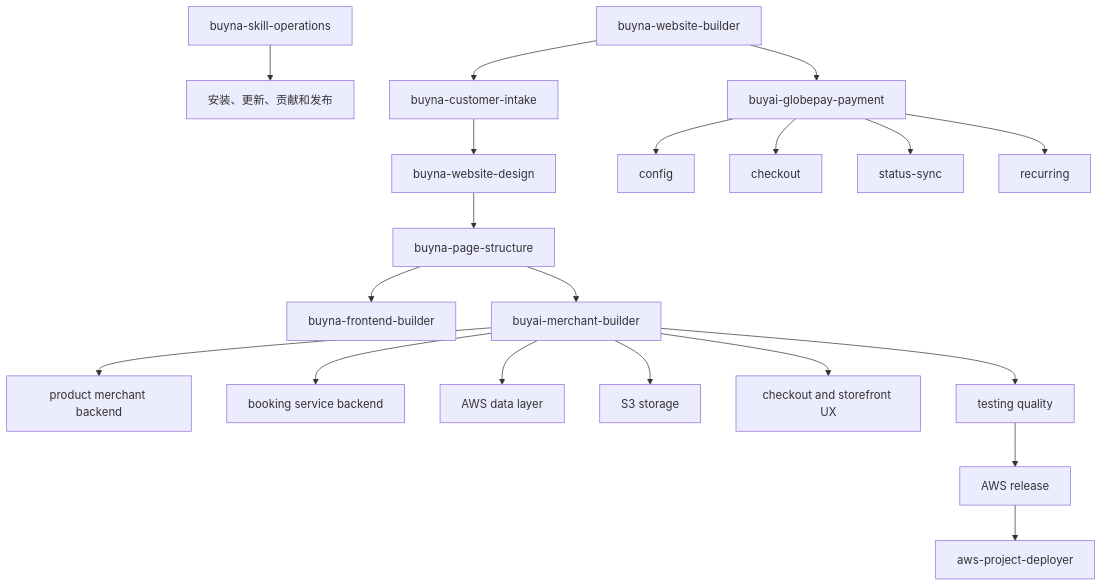
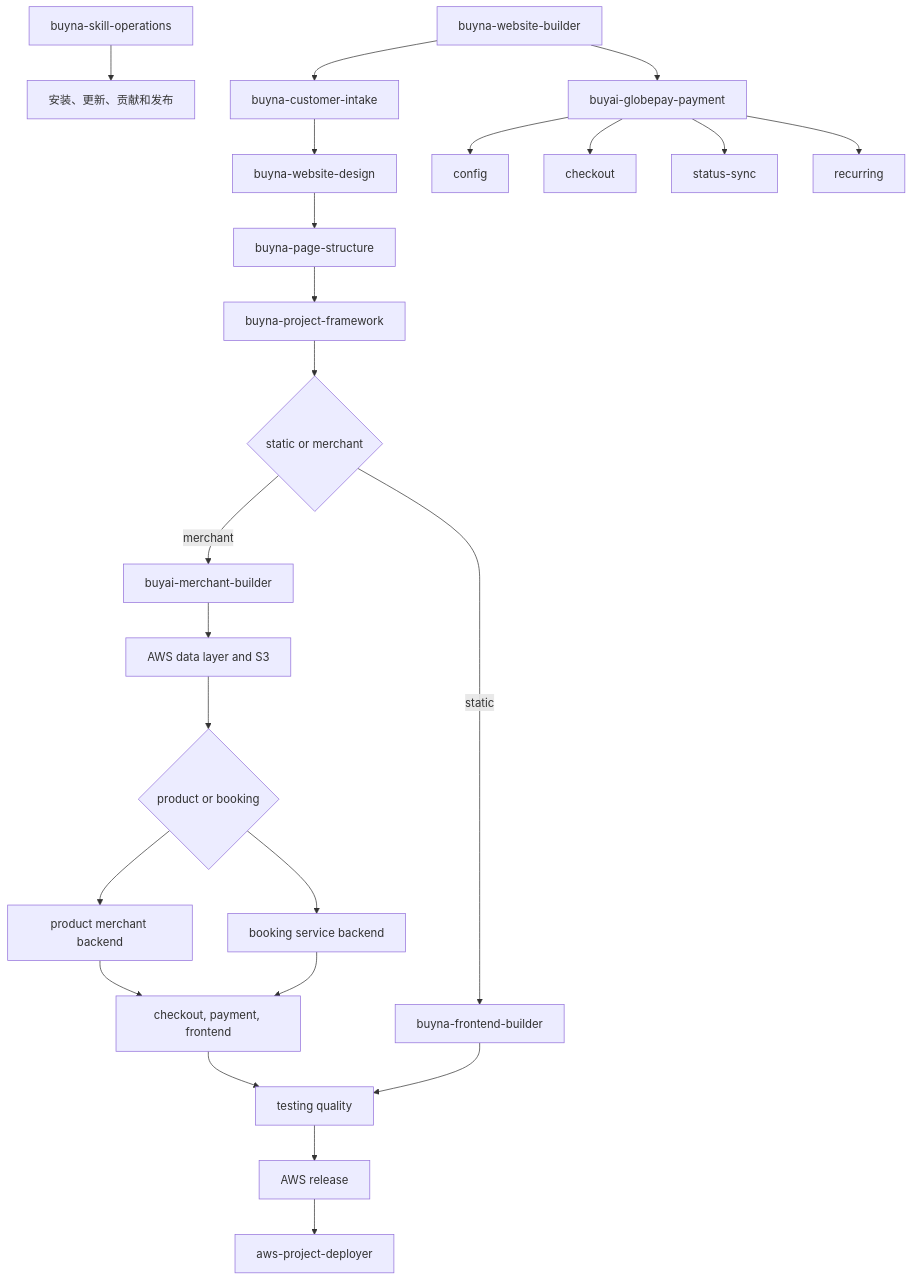
One commit to Kaku-shiko/buyna-agent-skills changed the diagram in docs/OPERATIONS_MANUAL.md. Above: the diagram before and after it, drawn with Mermaid. The commit also changed 8 other files, not shown here.

````diff
--- a/docs/OPERATIONS_MANUAL.md
+++ b/docs/OPERATIONS_MANUAL.md
@@ -50,22 +50,26 @@
 ```mermaid
 flowchart TD
     O[buyna-skill-operations] --> I[安装、更新、贡献和发布]
     B[buyna-website-builder] --> C[buyna-customer-intake]
     C --> D[buyna-website-design]
     D --> P[buyna-page-structure]
-    P --> F[buyna-frontend-builder]
-    P --> M[buyai-merchant-builder]
-    M --> MP[product merchant backend]
-    M --> MB[booking service backend]
-    M --> DB[AWS data layer]
-    M --> S3[S3 storage]
-    M --> UX[checkout and storefront UX]
-    M --> T[testing quality]
+    P --> K[buyna-project-framework]
+    K --> X{static or merchant}
+    X -->|static| F[buyna-frontend-builder]
+    X -->|merchant| M[buyai-merchant-builder]
+    M --> DB[AWS data layer and S3]
+    DB --> Q{product or booking}
+    Q --> MP[product merchant backend]
+    Q --> MB[booking service backend]
+    MP --> UX[checkout, payment, frontend]
+    MB --> UX
+    UX --> T[testing quality]
+    F --> T
     T --> R[AWS release]
     R --> A[aws-project-deployer]
     B --> G[buyai-globepay-payment]
     G --> GC[config]
     G --> GO[checkout]
     G --> GS[status-sync]
     G --> GR[recurring]
 ```
````
